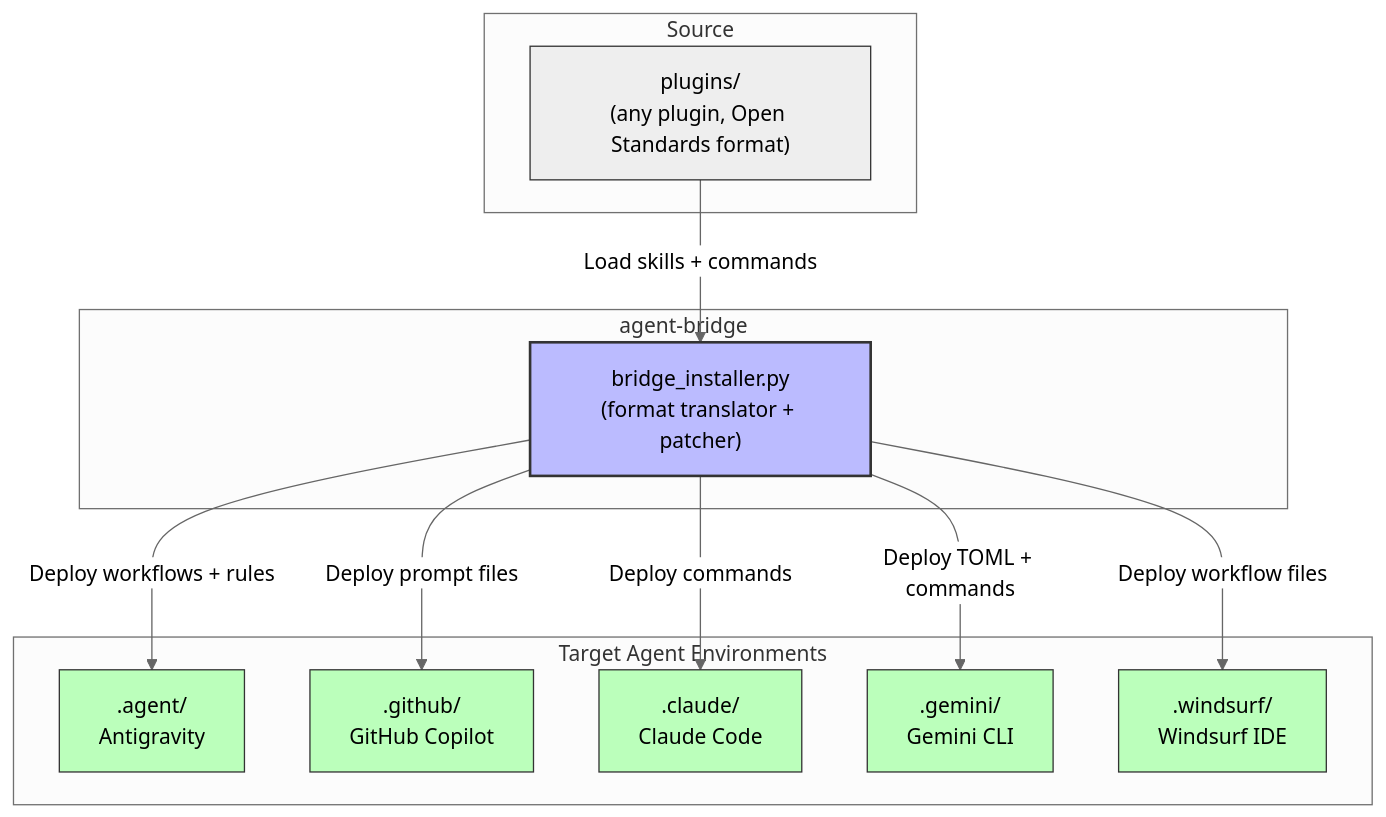
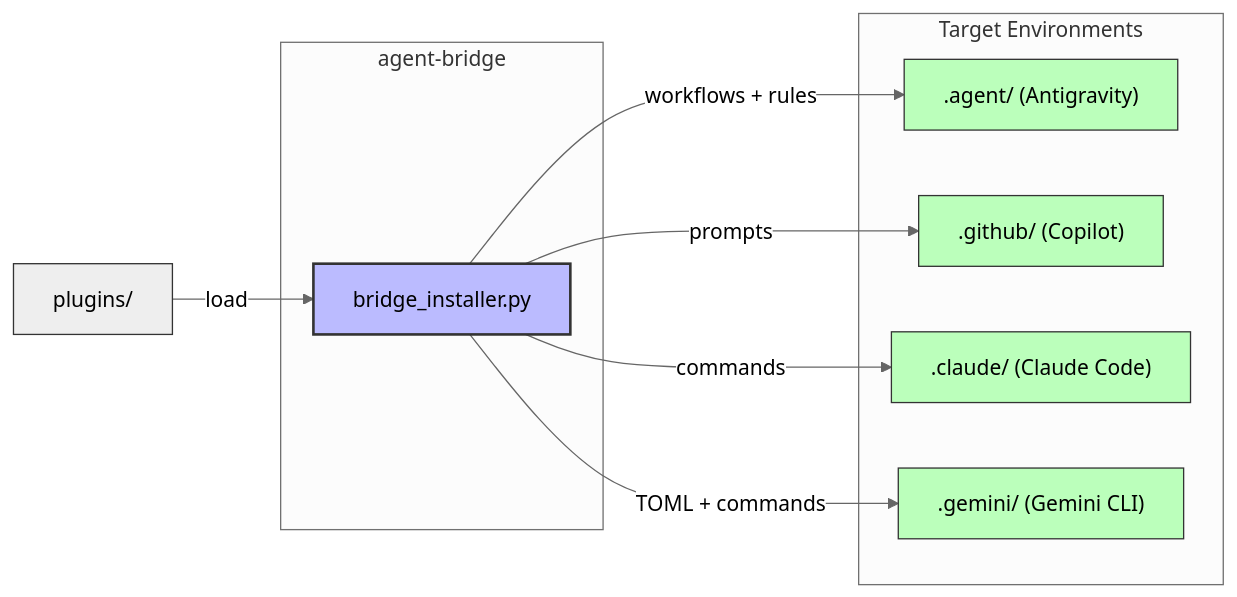
One commit to richfrem/agent-plugins-skills changed the diagram in plugins/plugin-mapper/skills/agent-bridge/references/agent_bridge_diagram.mmd. Above: the diagram before and after it, drawn with Mermaid (neutral theme). The commit also changed 3 other files, not shown here.

Commit message:
fix: remove Windsurf from plugin-mapper diagram+overview, fix README script paths, regenerate PNG diagram

```diff
--- a/plugins/plugin-mapper/skills/agent-bridge/references/agent_bridge_diagram.mmd
+++ b/plugins/plugin-mapper/skills/agent-bridge/references/agent_bridge_diagram.mmd
@@ -1,33 +1,28 @@
-flowchart TD
-    subgraph Source ["Source"]
-        Plugins["plugins/<br/>(any plugin, Open Standards format)"]
+flowchart LR
+    Plugins["plugins/"]
+
+    subgraph Bridge ["agent-bridge"]
+        BI["bridge_installer.py"]
     end
 
-    subgraph Bridge ["agent-bridge"]
-        BI["bridge_installer.py<br/>(format translator + patcher)"]
+    subgraph Agents ["Target Environments"]
+        Antigravity[".agent/ (Antigravity)"]
+        Copilot[".github/ (Copilot)"]
+        Claude[".claude/ (Claude Code)"]
+        Gemini[".gemini/ (Gemini CLI)"]
     end
 
-    subgraph Agents ["Target Agent Environments"]
-        Antigravity[".agent/<br/>Antigravity"]
-        Copilot[".github/<br/>GitHub Copilot"]
-        Claude[".claude/<br/>Claude Code"]
-        Gemini[".gemini/<br/>Gemini CLI"]
-        Windsurf[".windsurf/<br/>Windsurf IDE"]
-    end
+    Plugins -->|"load"| BI
 
-    %% Flows
-    Plugins -->|"Load skills + commands"| BI
+    BI -->|"workflows + rules"| Antigravity
+    BI -->|"prompts"| Copilot
+    BI -->|"commands"| Claude
+    BI -->|"TOML + commands"| Gemini
 
-    BI -->|"Deploy workflows + rules"| Antigravity
-    BI -->|"Deploy prompt files"| Copilot
-    BI -->|"Deploy commands"| Claude
-    BI -->|"Deploy TOML + commands"| Gemini
-    BI -->|"Deploy workflow files"| Windsurf
-
-    classDef source fill:#eee,stroke:#333,stroke-width:1px
+    classDef source fill:#eee,stroke:#333
     classDef bridge fill:#bbf,stroke:#333,stroke-width:2px
-    classDef agent fill:#bfb,stroke:#333,stroke-width:1px
+    classDef agent fill:#bfb,stroke:#333
 
     class Plugins source
     class BI bridge
-    class Antigravity,Copilot,Claude,Gemini,Windsurf agent
+    class Antigravity,Copilot,Claude,Gemini agent
```
